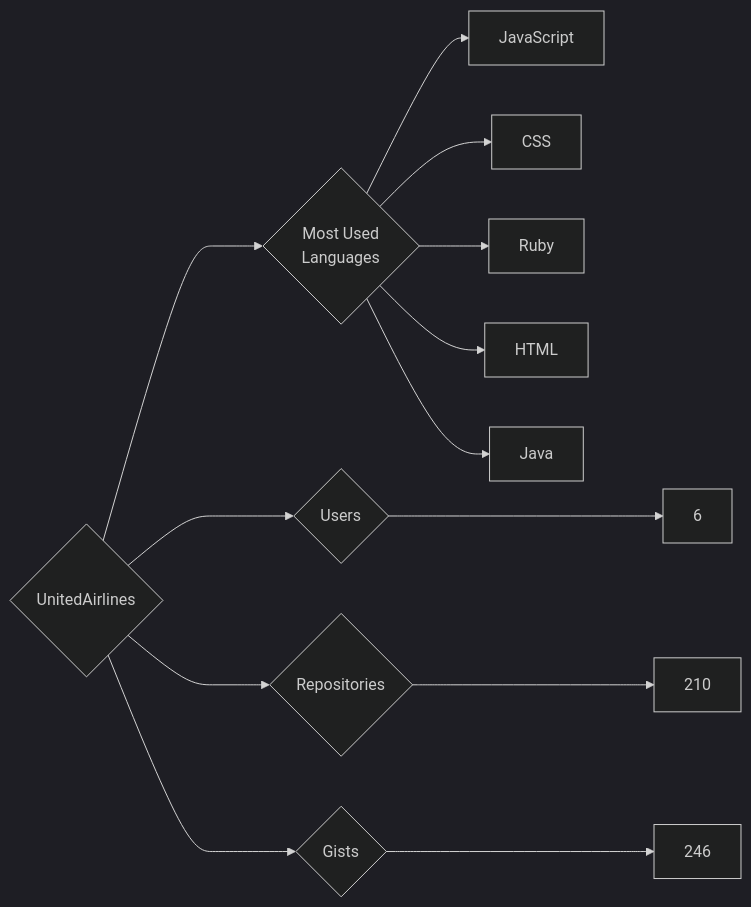
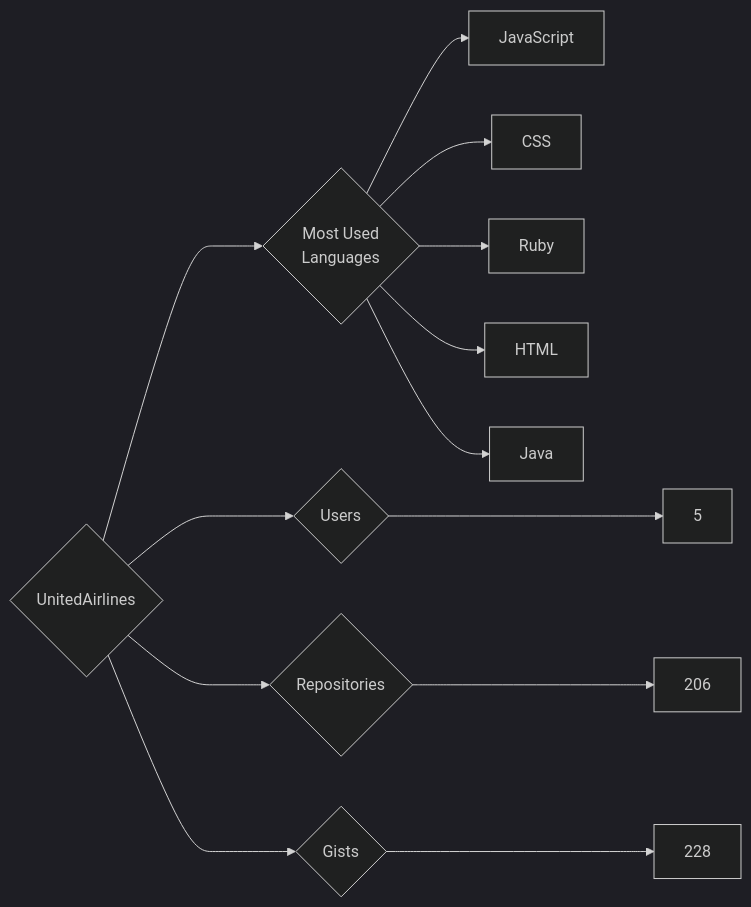
The diagram in targets/UnitedAirlines/README.md (trickest/insiders), drawn with Mermaid (dark theme) before and after one commit. The commit also changed 1496 other files, not shown here.

````diff
--- a/targets/UnitedAirlines/README.md
+++ b/targets/UnitedAirlines/README.md
@@ -3,13 +3,13 @@
 ```mermaid
 graph LR
 COMPANY_NAME{UnitedAirlines}
-COMPANY_NAME ---> U{Users} ---> UN[6]
-COMPANY_NAME ---> R{Repositories} ---> RN[210]
-COMPANY_NAME ---> G{Gists} ---> GN[246]
+COMPANY_NAME ---> U{Users} ---> UN[5]
+COMPANY_NAME ---> R{Repositories} ---> RN[206]
+COMPANY_NAME ---> G{Gists} ---> GN[228]
 COMPANY_NAME ---> ML{Most Used<br>Languages}
 ML --> JavaScript[JavaScript]
 ML --> CSS[CSS]
 ML --> Ruby[Ruby]
 ML --> HTML[HTML]
 ML --> Java[Java]
 ```
````
